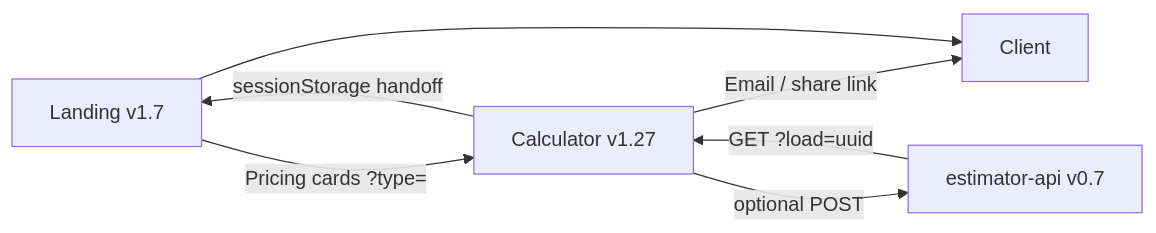
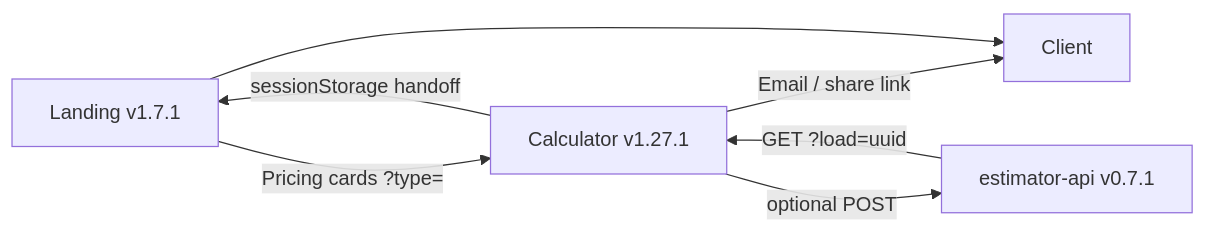
One commit to pixellayer7-jpg/pixellayer7-jpg changed the diagram in README.md. Above: the diagram before and after it, drawn with Mermaid. The commit also changed other lines of this file, not shown here.

````diff
--- a/README.md
+++ b/README.md
@@ -18,9 +18,9 @@
 ```mermaid
 flowchart LR
-  A[Landing v1.7] -->|Pricing cards ?type=| B[Calculator v1.27]
+  A[Landing v1.7.1] -->|Pricing cards ?type=| B[Calculator v1.27.1]
   B -->|sessionStorage handoff| A
   B -->|Email / share link| C[Client]
-  B -->|optional POST| D[estimator-api v0.7]
+  B -->|optional POST| D[estimator-api v0.7.1]
   D -->|GET ?load=uuid| B
   A --> C
 ```
````
